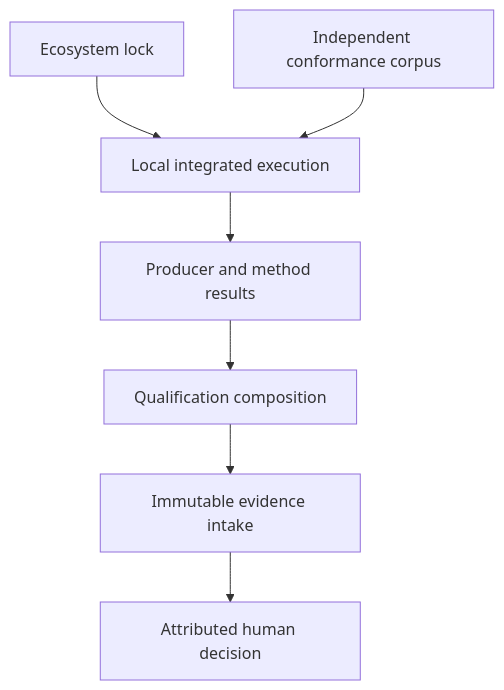
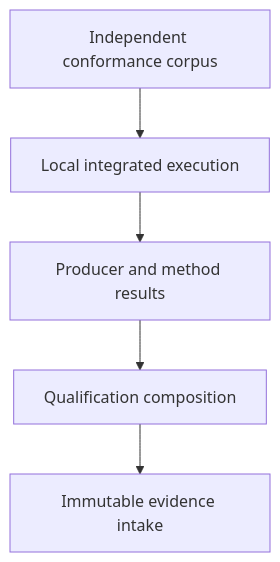
Before and after one commit to agent-ix/quire-specification: the diagram in spec/assurance/AD-011-integration-evidence-qualification.md, drawn with Mermaid. The commit also changed other lines of this file and 150 other files, not shown here.

````diff
--- a/spec/assurance/AD-011-integration-evidence-qualification.md
+++ b/spec/assurance/AD-011-integration-evidence-qualification.md
@@ -29,9 +28,7 @@
 ```mermaid
 flowchart TD
-  L[Ecosystem lock] --> X[Local integrated execution]
-  C[Independent conformance corpus] --> X
+  C[Independent conformance corpus] --> X[Local integrated execution]
   X --> R[Producer and method results]
   R --> V[Qualification composition]
   V --> E[Immutable evidence intake]
-  E --> H[Attributed human decision]
 ```
````
